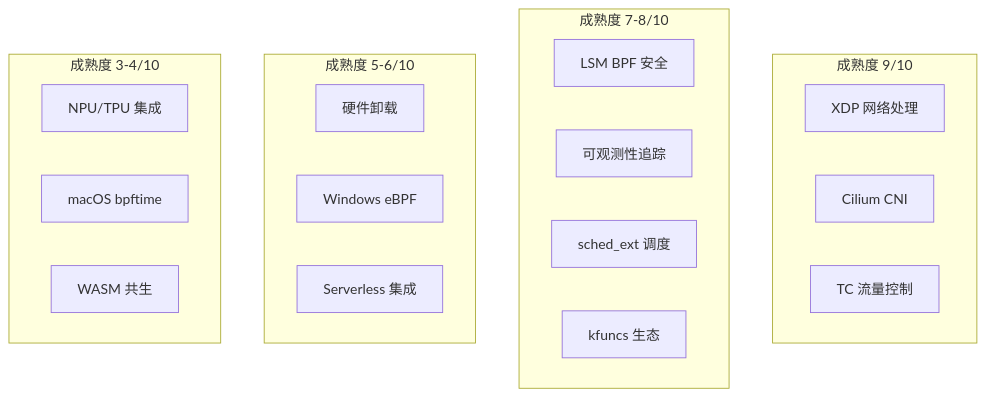
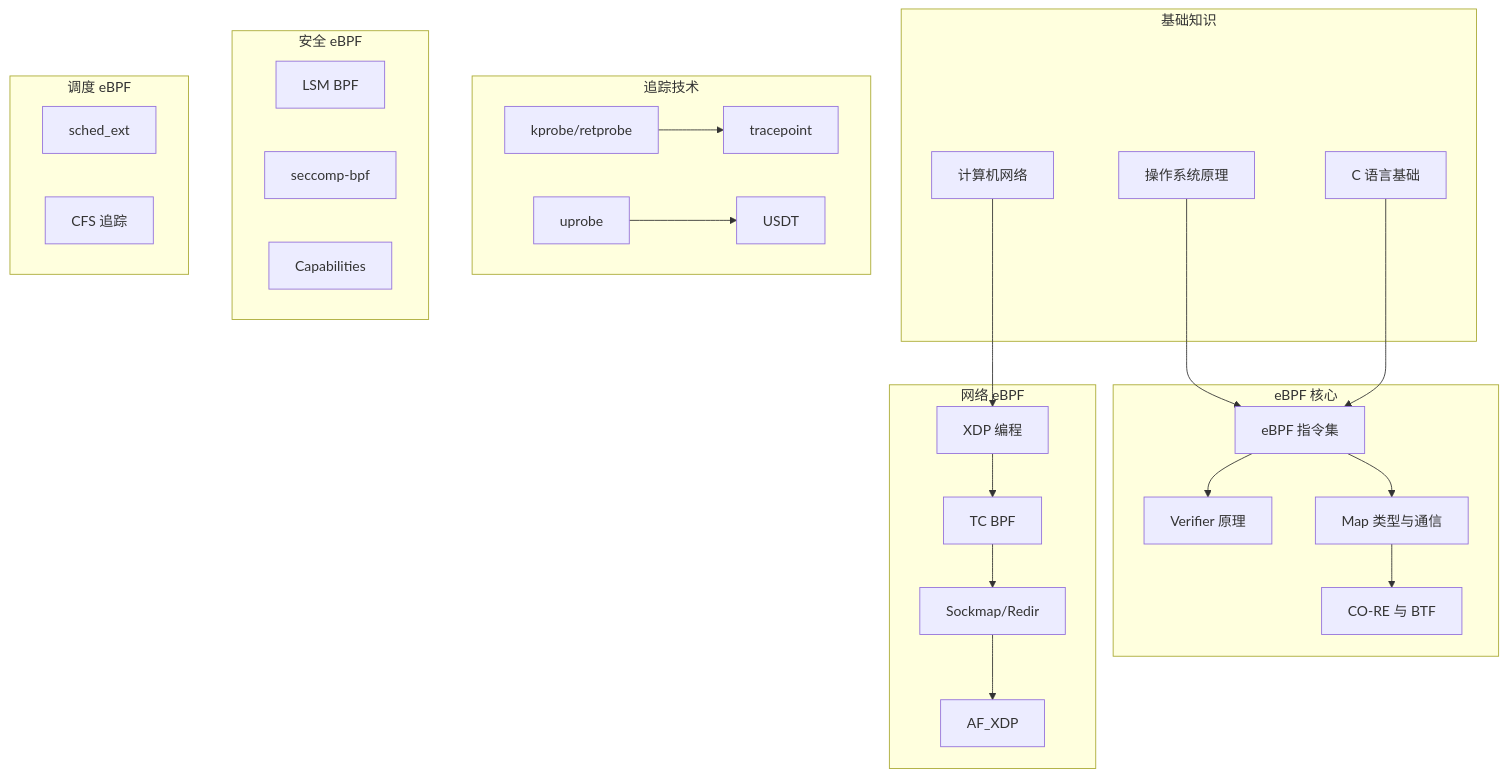
One commit to hlwqds/hl-ljj-quartz changed the fourth of 6 diagrams in content/2026-04-08-ebpf-deep-dive-ch38-ecosystem-and-career.md. Above: the diagram before and after it, drawn with Mermaid. The commit also changed other lines of this file and 618 other files, not shown here.

````diff
--- a/content/2026-04-08-ebpf-deep-dive-ch38-ecosystem-and-career.md
+++ b/content/2026-04-08-ebpf-deep-dive-ch38-ecosystem-and-career.md
@@ -75,27 +246,52 @@
 ```mermaid
 graph TB
-    subgraph "成熟度 9/10"
-        M1[XDP 网络处理]
-        M2[Cilium CNI]
-        M3[TC 流量控制]
+    subgraph "基础知识"
+        OS[操作系统原理]
+        Net[计算机网络]
+        C[C 语言基础]
     end
 
-    subgraph "成熟度 7-8/10"
-        M4[LSM BPF 安全]
-        M5[可观测性追踪]
-        M6[sched_ext 调度]
-        M7[kfuncs 生态]
+    subgraph "eBPF 核心"
+        Instr[eBPF 指令集]
+        Verifier[Verifier 原理]
+        Maps[Map 类型与通信]
+        CORE[CO-RE 与 BTF]
     end
 
-    subgraph "成熟度 5-6/10"
-        M8[硬件卸载]
-        M9[Windows eBPF]
-        M10[Serverless 集成]
+    subgraph "追踪技术"
+        Kprobe[kprobe/retprobe]
+        Uprobe[uprobe]
+        Trace[tracepoint]
+        USDT[USDT]
     end
 
-    subgraph "成熟度 3-4/10"
-        M11[NPU/TPU 集成]
-        M12[macOS bpftime]
-        M13[WASM 共生]
+    subgraph "网络 eBPF"
+        XDP[XDP 编程]
+        TC[TC BPF]
+        Sockmap[Sockmap/Redir]
+        AF_XDP[AF_XDP]
     end
+
+    subgraph "安全 eBPF"
+        LSM[LSM BPF]
+        Seccomp[seccomp-bpf]
+        Caps[Capabilities]
+    end
+
+    subgraph "调度 eBPF"
+        SchedExt[sched_ext]
+        CFS[CFS 追踪]
+    end
+
+    OS --> Instr
+    Net --> XDP
+    C --> Instr
+    Instr --> Verifier
+    Instr --> Maps
+    Maps --> CORE
+    Kprobe --> Trace
+    Uprobe --> USDT
+    XDP --> TC
+    TC --> Sockmap
+    Sockmap --> AF_XDP
 ```
````
